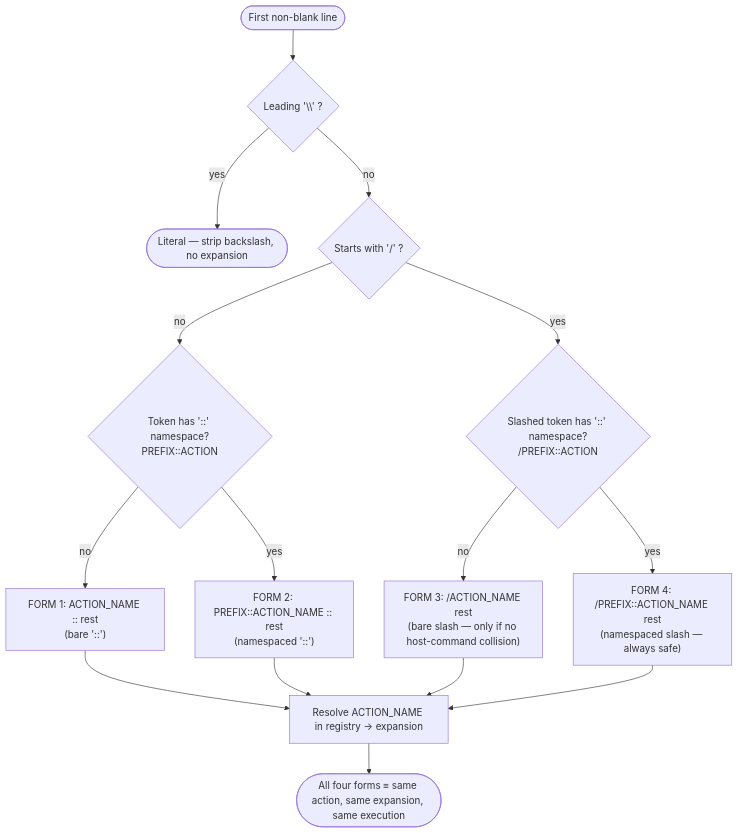
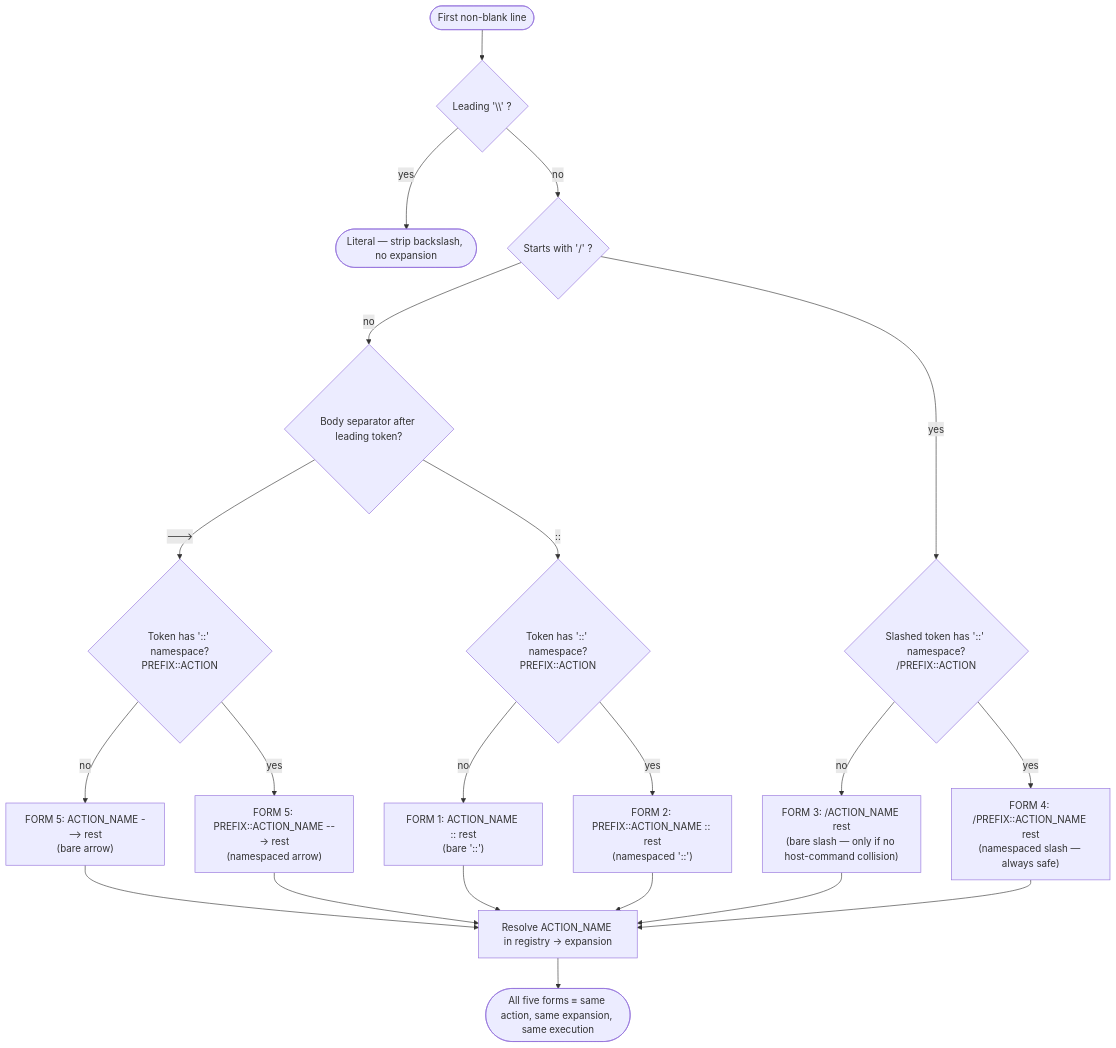
The third of 4 diagrams in docs/guides/action_prefix_system/DIAGRAMS.md (HelixDevelopment/HelixConstitution), drawn with Mermaid before and after one commit. The commit also changed other lines of this file and 90 other files, not shown here.

````diff
--- a/docs/guides/action_prefix_system/DIAGRAMS.md
+++ b/docs/guides/action_prefix_system/DIAGRAMS.md
@@ -99,20 +100,26 @@
 ```mermaid
 flowchart TD
     S([First non-blank line]) --> ESC{Leading '\\' ?}
     ESC -- yes --> LIT([Literal — strip backslash, no expansion])
     ESC -- no --> SL{Starts with '/' ?}
 
-    SL -- no --> NS{"Token has '::' namespace?\nPREFIX::ACTION"}
+    SL -- no --> BODY{"Body separator after leading token?"}
+    BODY -- " ---> " --> NSA{"Token has '::' namespace?\nPREFIX::ACTION"}
+    NSA -- no --> F5["FORM 5: ACTION_NAME ---> rest\n(bare arrow)"]
+    NSA -- yes --> F5N["FORM 5: PREFIX::ACTION_NAME ---> rest\n(namespaced arrow)"]
+    BODY -- " :: " --> NS{"Token has '::' namespace?\nPREFIX::ACTION"}
     NS -- no --> F1["FORM 1: ACTION_NAME :: rest\n(bare '::')"]
     NS -- yes --> F2["FORM 2: PREFIX::ACTION_NAME :: rest\n(namespaced '::')"]
 
     SL -- yes --> SLN{"Slashed token has '::' namespace?\n/PREFIX::ACTION"}
     SLN -- no --> F3["FORM 3: /ACTION_NAME rest\n(bare slash — only if no host-command collision)"]
     SLN -- yes --> F4["FORM 4: /PREFIX::ACTION_NAME rest\n(namespaced slash — always safe)"]
 
     F1 --> R[Resolve ACTION_NAME in registry → expansion]
     F2 --> R
     F3 --> R
     F4 --> R
-    R --> EQ(["All four forms ≡ same action, same expansion, same execution"])
+    F5 --> R
+    F5N --> R
+    R --> EQ(["All five forms ≡ same action, same expansion, same execution"])
 ```
````
